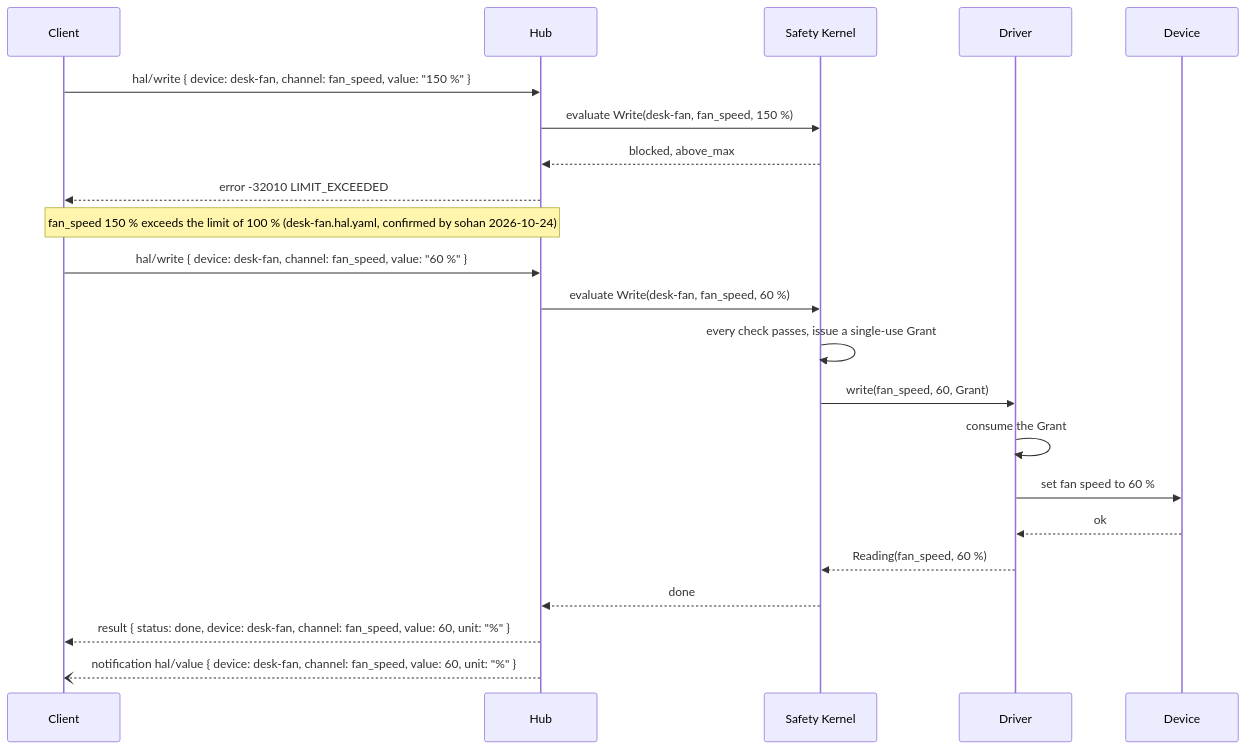
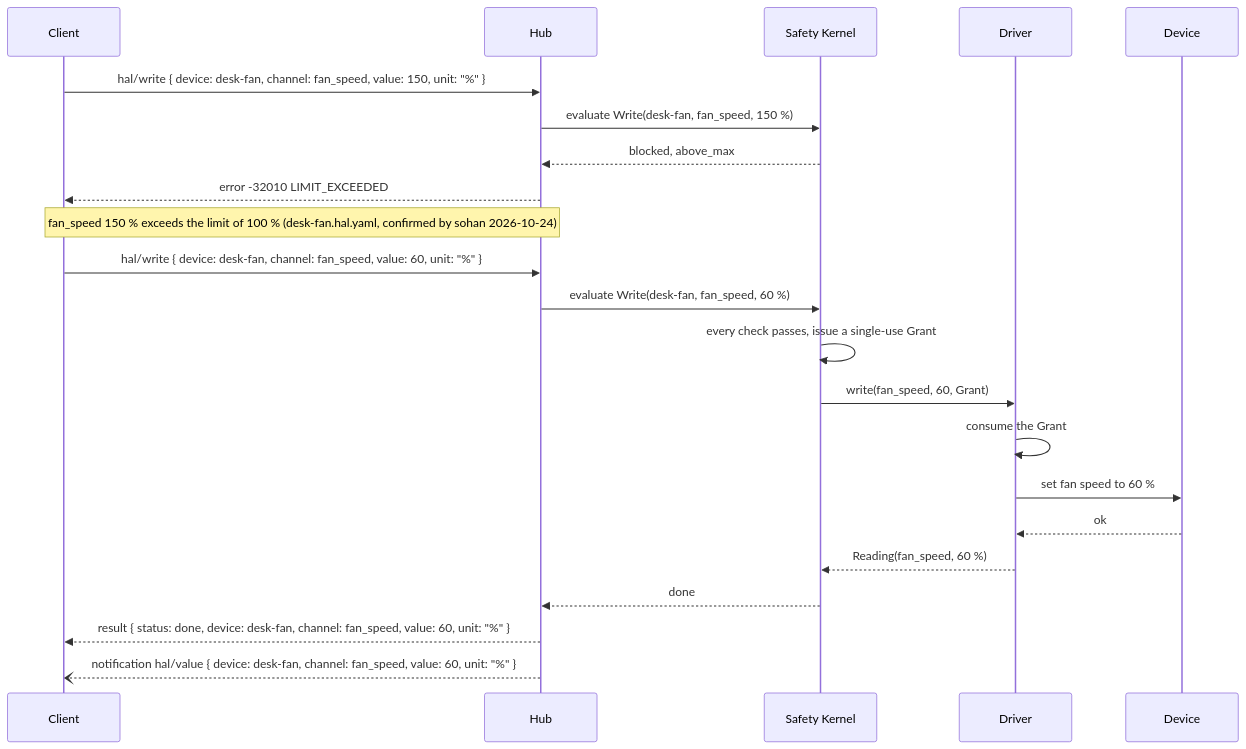
One commit to sohan-bhat/OpenHAL changed the diagram in spec/2026-10-24/architecture.md. Above: the diagram before and after it, drawn with Mermaid. The commit also changed 11 other files, not shown here.

````diff
--- a/spec/2026-10-24/architecture.md
+++ b/spec/2026-10-24/architecture.md
@@ -29,26 +29,26 @@
 ```mermaid
 sequenceDiagram
     participant C as Client
     participant H as Hub
     participant K as Safety Kernel
     participant D as Driver
     participant V as Device
 
-    C->>H: hal/write { device: desk-fan, channel: fan_speed, value: "150 %" }
+    C->>H: hal/write { device: desk-fan, channel: fan_speed, value: 150, unit: "%" }
     H->>K: evaluate Write(desk-fan, fan_speed, 150 %)
     K-->>H: blocked, above_max
     H-->>C: error -32010 LIMIT_EXCEEDED
     Note over C,H: fan_speed 150 % exceeds the limit of 100 % (desk-fan.hal.yaml, confirmed by sohan 2026-10-24)
 
-    C->>H: hal/write { device: desk-fan, channel: fan_speed, value: "60 %" }
+    C->>H: hal/write { device: desk-fan, channel: fan_speed, value: 60, unit: "%" }
     H->>K: evaluate Write(desk-fan, fan_speed, 60 %)
     K->>K: every check passes, issue a single-use Grant
     K->>D: write(fan_speed, 60, Grant)
     D->>D: consume the Grant
     D->>V: set fan speed to 60 %
     V-->>D: ok
     D-->>K: Reading(fan_speed, 60 %)
     K-->>H: done
     H-->>C: result { status: done, device: desk-fan, channel: fan_speed, value: 60, unit: "%" }
     H--)C: notification hal/value { device: desk-fan, channel: fan_speed, value: 60, unit: "%" }
 ```
````
